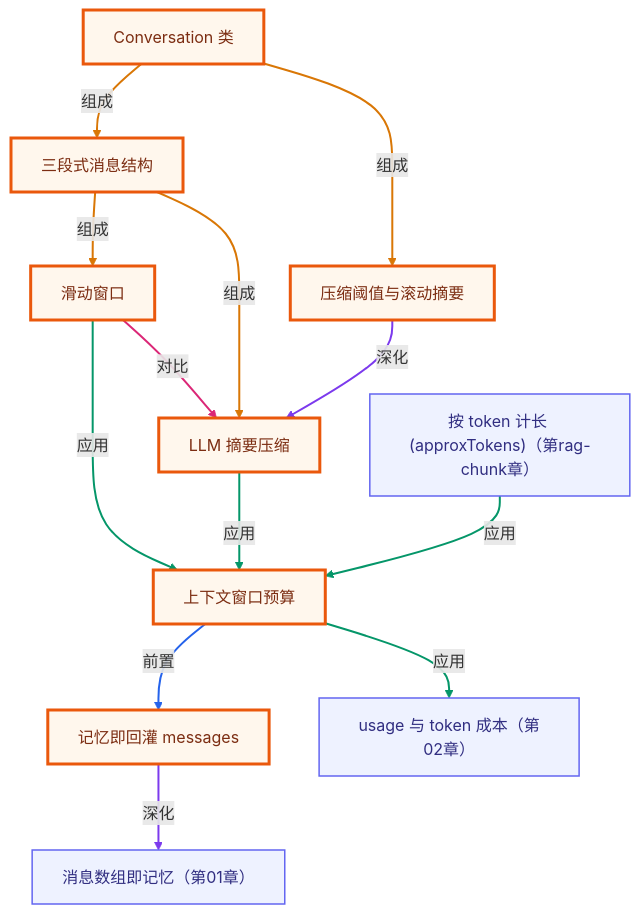
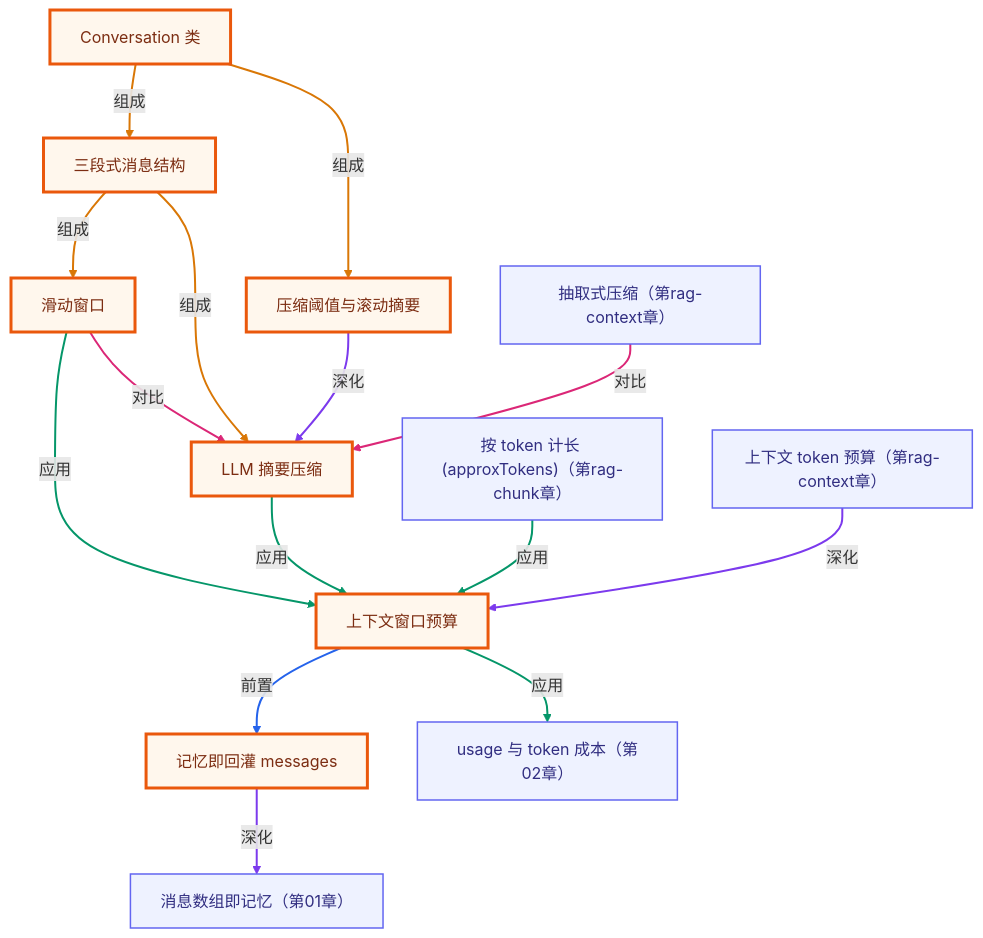
One commit to songuu/agent changed the second of 2 diagrams in lessons/07-short-term-memory/README.md. Above: the diagram before and after it, drawn with Mermaid. The commit also changed other lines of this file and 22 other files, not shown here.

First line of the commit message:
Update knowledge graph and plans for RAG security and indexing enhancements

````diff
--- a/lessons/07-short-term-memory/README.md
+++ b/lessons/07-short-term-memory/README.md
@@ -239,41 +239,47 @@
 ```mermaid
 graph TB
   classDef own fill:#fff7ed,stroke:#ea580c,stroke-width:3px,color:#7c2d12;
   classDef cross fill:#eef2ff,stroke:#6366f1,stroke-width:1.5px,color:#312e81;
   n_c07_conversation_as_array["记忆即回灌 messages"]
   n_c07_context_window_budget["上下文窗口预算"]
   n_c07_sliding_window["滑动窗口"]
   n_c07_llm_summary_compression["LLM 摘要压缩"]
   n_c07_message_layout["三段式消息结构"]
   n_c07_summarize_threshold["压缩阈值与滚动摘要"]
   n_c07_conversation_class["Conversation 类"]
   n_c01_message_memory["消息数组即记忆（第01章）"]
   n_c02_usage_token["usage 与 token 成本（第02章）"]
   n_cragchunk_token_budget["按 token 计长 (approxTokens)（第rag-chunk章）"]
+  n_cragctx_context_budget["上下文 token 预算（第rag-context章）"]
+  n_cragctx_compression["抽取式压缩（第rag-context章）"]
   n_c07_context_window_budget -->|前置| n_c07_conversation_as_array
   n_c07_sliding_window -->|应用| n_c07_context_window_budget
   n_c07_llm_summary_compression -->|应用| n_c07_context_window_budget
   n_c07_sliding_window -->|对比| n_c07_llm_summary_compression
   n_c07_message_layout -->|组成| n_c07_sliding_window
   n_c07_message_layout -->|组成| n_c07_llm_summary_compression
   n_c07_summarize_threshold -->|深化| n_c07_llm_summary_compression
   n_c07_conversation_class -->|组成| n_c07_message_layout
   n_c07_conversation_class -->|组成| n_c07_summarize_threshold
   n_c07_conversation_as_array -->|深化| n_c01_message_memory
   n_c07_context_window_budget -->|应用| n_c02_usage_token
   n_cragchunk_token_budget -->|应用| n_c07_context_window_budget
+  n_cragctx_context_budget -->|深化| n_c07_context_window_budget
+  n_cragctx_compression -->|对比| n_c07_llm_summary_compression
   class n_c07_conversation_as_array,n_c07_context_window_budget,n_c07_sliding_window,n_c07_llm_summary_compression,n_c07_message_layout,n_c07_summarize_threshold,n_c07_conversation_class own;
-  class n_c01_message_memory,n_c02_usage_token,n_cragchunk_token_budget cross;
+  class n_c01_message_memory,n_c02_usage_token,n_cragchunk_token_budget,n_cragctx_context_budget,n_cragctx_compression cross;
   linkStyle 0 stroke:#2563eb,stroke-width:2px;
   linkStyle 1 stroke:#059669,stroke-width:2px;
   linkStyle 2 stroke:#059669,stroke-width:2px;
   linkStyle 3 stroke:#db2777,stroke-width:2px;
   linkStyle 4 stroke:#d97706,stroke-width:2px;
   linkStyle 5 stroke:#d97706,stroke-width:2px;
   linkStyle 6 stroke:#7c3aed,stroke-width:2px;
   linkStyle 7 stroke:#d97706,stroke-width:2px;
   linkStyle 8 stroke:#d97706,stroke-width:2px;
   linkStyle 9 stroke:#7c3aed,stroke-width:2px;
   linkStyle 10 stroke:#059669,stroke-width:2px;
   linkStyle 11 stroke:#059669,stroke-width:2px;
+  linkStyle 12 stroke:#7c3aed,stroke-width:2px;
+  linkStyle 13 stroke:#db2777,stroke-width:2px;
 ```
````
